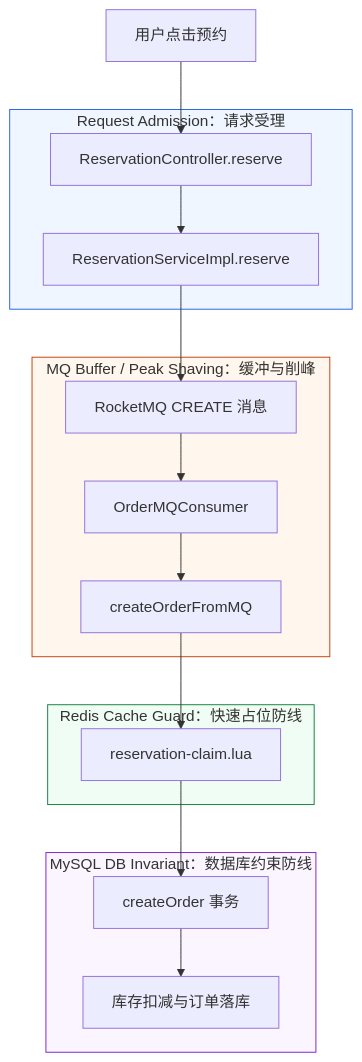
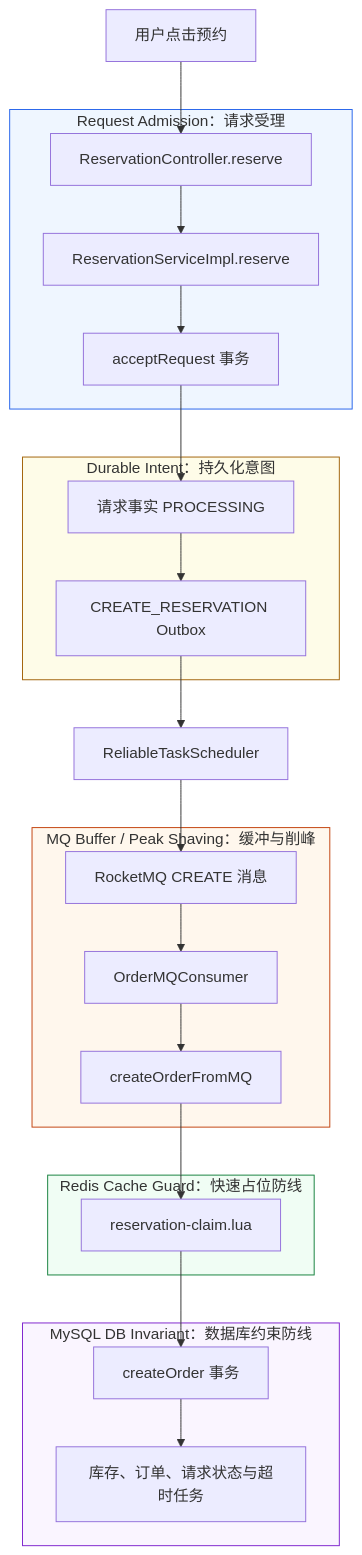
One commit to SyH-101/citypass-platform changed the first of 12 diagrams in 01-异步预约与防超卖.md. Above: the diagram before and after it, drawn with Mermaid. The commit also changed other lines of this file and 1 other file, not shown here.

Commit message:
docs: align reservation guides with v4 reliability

````diff
--- a/01-异步预约与防超卖.md
+++ b/01-异步预约与防超卖.md
@@ -29,24 +27,31 @@
 ```mermaid
 flowchart TD
     U[用户点击预约] --> C
     subgraph admission["Request Admission：请求受理"]
         C[ReservationController.reserve] --> S[ReservationServiceImpl.reserve]
+        S --> A[acceptRequest 事务]
     end
-    S --> Q
+    A --> F
+    subgraph durable["Durable Intent：持久化意图"]
+        F[请求事实 PROCESSING] --> X[CREATE_RESERVATION Outbox]
+    end
+    X --> R[ReliableTaskScheduler]
+    R --> Q
     subgraph buffer["MQ Buffer / Peak Shaving：缓冲与削峰"]
         Q[RocketMQ CREATE 消息] --> M[OrderMQConsumer]
         M --> O[createOrderFromMQ]
     end
     O --> L
     subgraph guard["Redis Cache Guard：快速占位防线"]
         L[reservation-claim.lua]
     end
     L --> T
     subgraph invariant["MySQL DB Invariant：数据库约束防线"]
-        T[createOrder 事务] --> D[库存扣减与订单落库]
+        T[createOrder 事务] --> D[库存、订单、请求状态与超时任务]
     end
     style admission fill:#eff6ff,stroke:#2563eb
+    style durable fill:#fefce8,stroke:#a16207
     style buffer fill:#fff7ed,stroke:#c2410c
     style guard fill:#f0fdf4,stroke:#15803d
     style invariant fill:#faf5ff,stroke:#7e22ce
 ```
````
